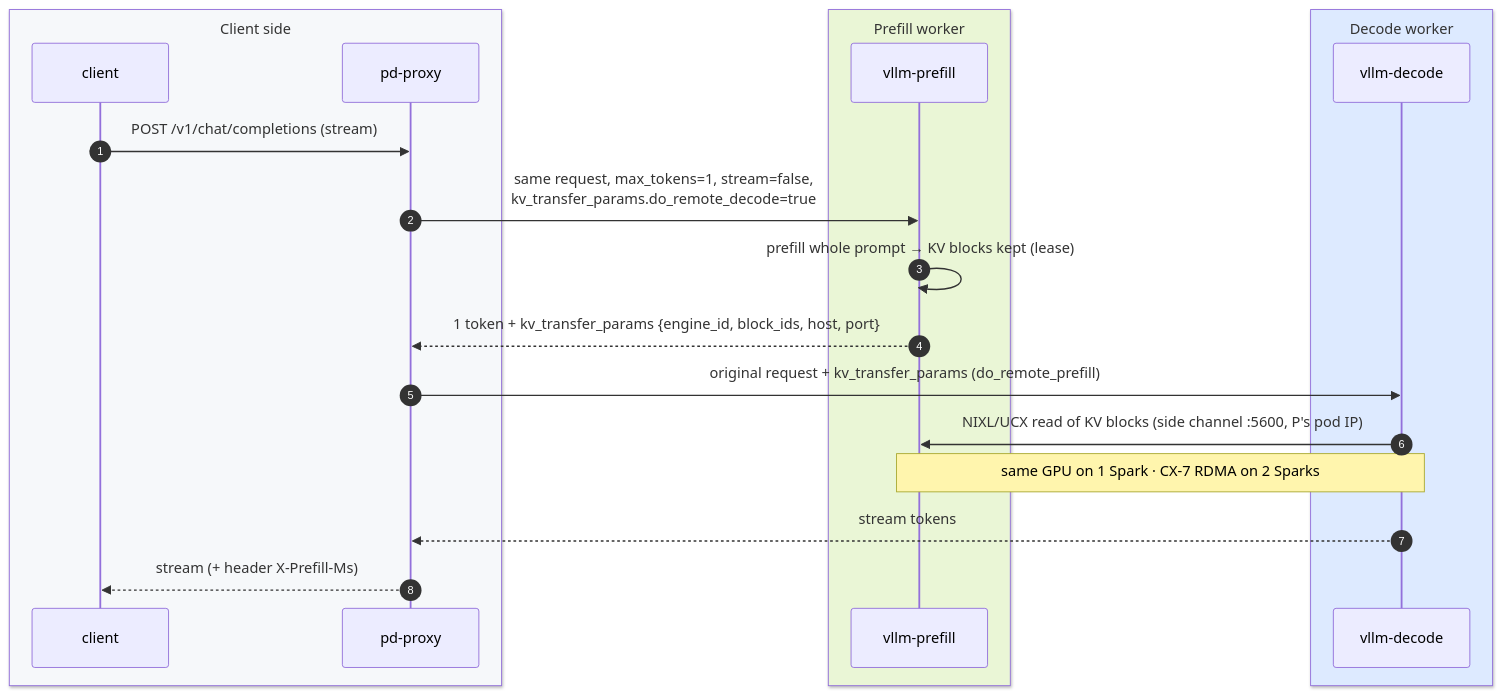
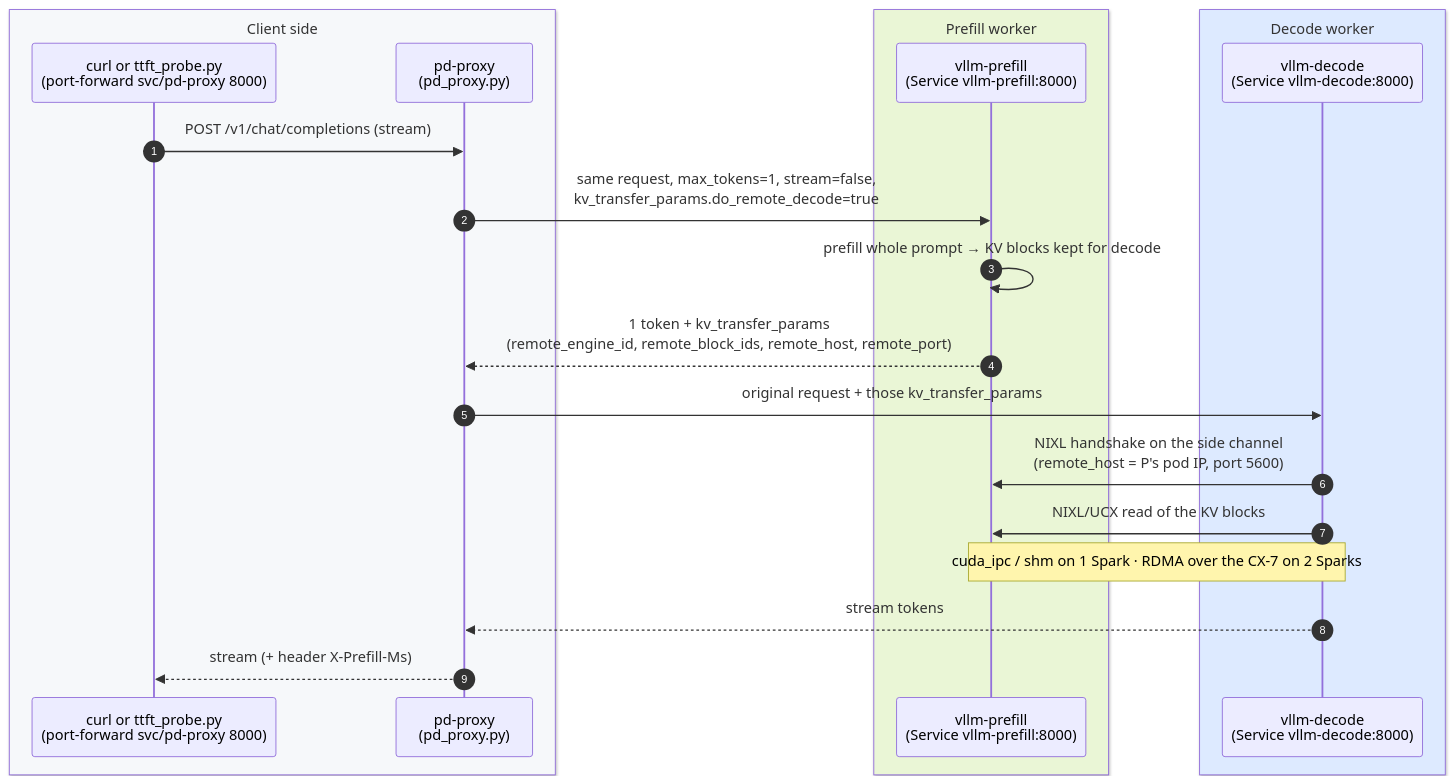
One commit to cloudone365/technical-depth changed the first of 2 diagrams in 02-Kubernetes/23-disaggregated-prefill-and-decode-serving.md. Above: the diagram before and after it, drawn with Mermaid. The commit also changed other lines of this file and 91 other files, not shown here.

First line of the commit message:
Docs audit 01-04: fix mistakes found against the lab files; step-by-step flows

````diff
--- a/02-Kubernetes/23-disaggregated-prefill-and-decode-serving.md
+++ b/02-Kubernetes/23-disaggregated-prefill-and-decode-serving.md
@@ -33,23 +33,24 @@
 ```mermaid
 sequenceDiagram
   autonumber
   box rgb(246,248,250) Client side
-    participant C as client
-    participant X as pd-proxy
+    participant C as curl or ttft_probe.py<br/>(port-forward svc/pd-proxy 8000)
+    participant X as pd-proxy<br/>(pd_proxy.py)
   end
   box rgb(234,246,214) Prefill worker
-    participant P as vllm-prefill
+    participant P as vllm-prefill<br/>(Service vllm-prefill:8000)
   end
   box rgb(221,234,255) Decode worker
-    participant D as vllm-decode
+    participant D as vllm-decode<br/>(Service vllm-decode:8000)
   end
   C->>X: POST /v1/chat/completions (stream)
   X->>P: same request, max_tokens=1, stream=false,<br/>kv_transfer_params.do_remote_decode=true
-  P->>P: prefill whole prompt → KV blocks kept (lease)
-  P-->>X: 1 token + kv_transfer_params {engine_id, block_ids, host, port}
-  X->>D: original request + kv_transfer_params (do_remote_prefill)
-  D->>P: NIXL/UCX read of KV blocks (side channel :5600, P's pod IP)
-  Note over D,P: same GPU on 1 Spark · CX-7 RDMA on 2 Sparks
+  P->>P: prefill whole prompt → KV blocks kept for decode
+  P-->>X: 1 token + kv_transfer_params<br/>(remote_engine_id, remote_block_ids, remote_host, remote_port)
+  X->>D: original request + those kv_transfer_params
+  D->>P: NIXL handshake on the side channel<br/>(remote_host = P's pod IP, port 5600)
+  D->>P: NIXL/UCX read of the KV blocks
+  Note over D,P: cuda_ipc / shm on 1 Spark · RDMA over the CX-7 on 2 Sparks
   D-->>X: stream tokens
   X-->>C: stream (+ header X-Prefill-Ms)
 ```
````
